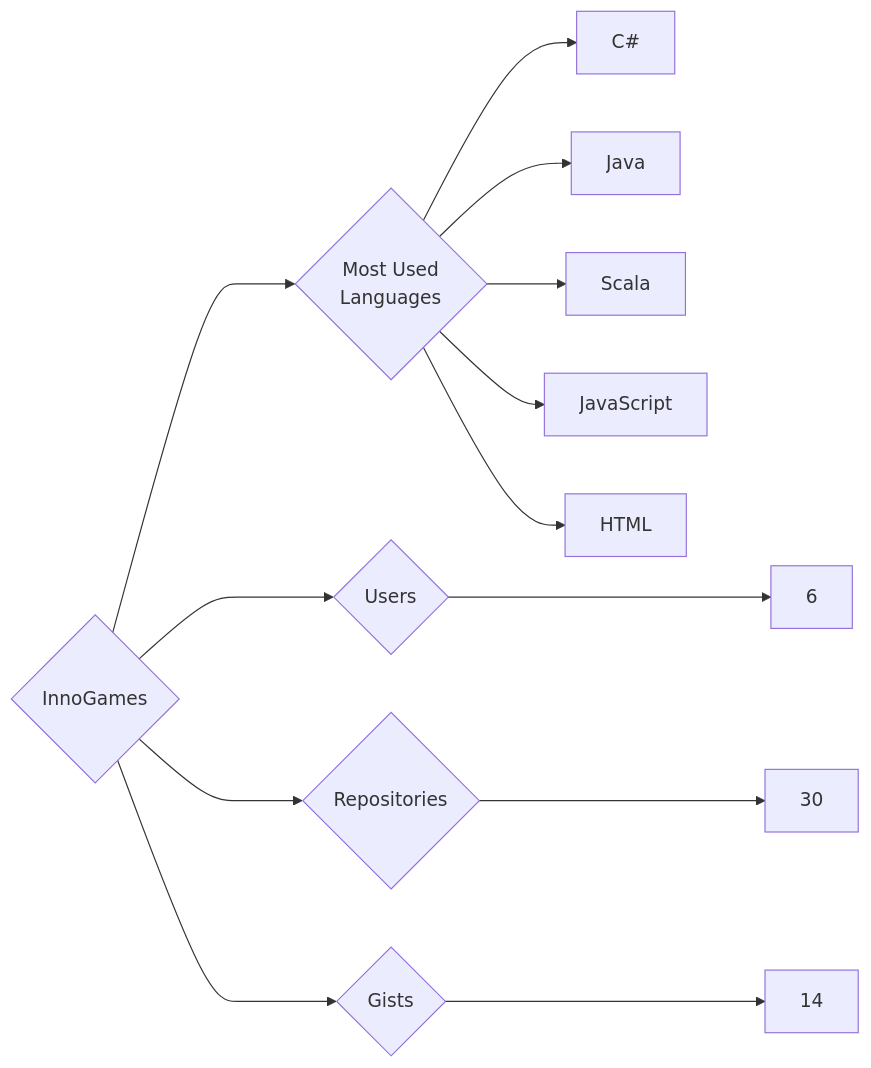
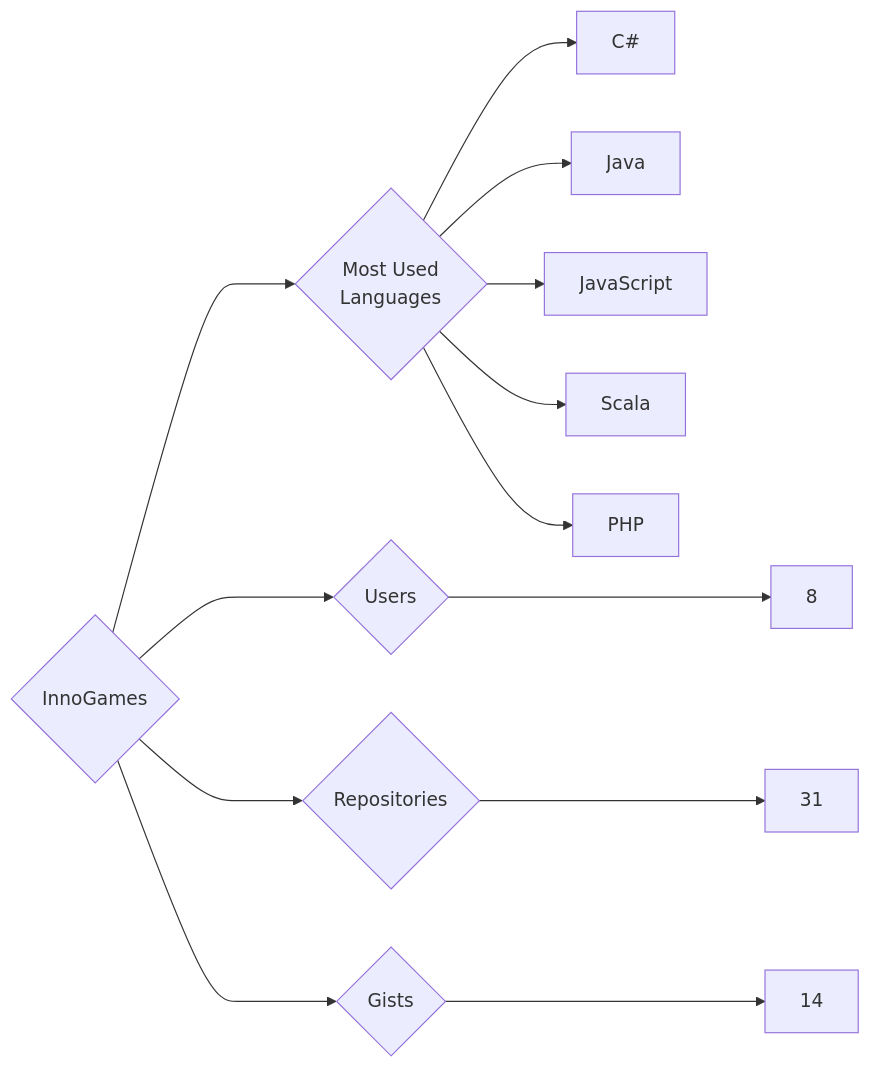
The diagram in targets/InnoGames/README.md (trickest/insiders), drawn with Mermaid before and after one commit. The commit also changed 1148 other files, not shown here.

````diff
--- a/targets/InnoGames/README.md
+++ b/targets/InnoGames/README.md
@@ -3,13 +3,13 @@
 ```mermaid
 graph LR
 COMPANY_NAME{InnoGames}
-COMPANY_NAME ---> U{Users} ---> UN[6]
-COMPANY_NAME ---> R{Repositories} ---> RN[30]
+COMPANY_NAME ---> U{Users} ---> UN[8]
+COMPANY_NAME ---> R{Repositories} ---> RN[31]
 COMPANY_NAME ---> G{Gists} ---> GN[14]
 COMPANY_NAME ---> ML{Most Used<br>Languages}
 ML --> C#[C#]
 ML --> Java[Java]
+ML --> JavaScript[JavaScript]
 ML --> Scala[Scala]
-ML --> JavaScript[JavaScript]
-ML --> HTML[HTML]
+ML --> PHP[PHP]
 ```
````
